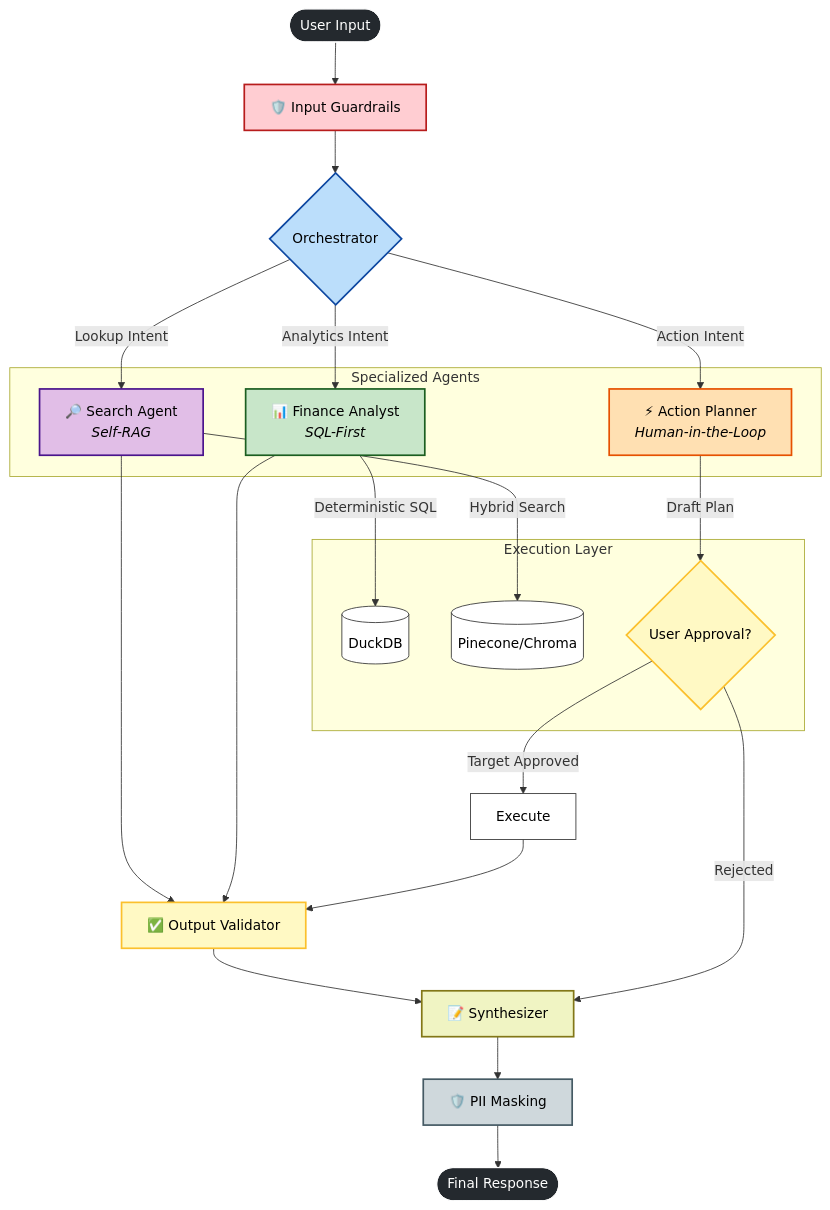
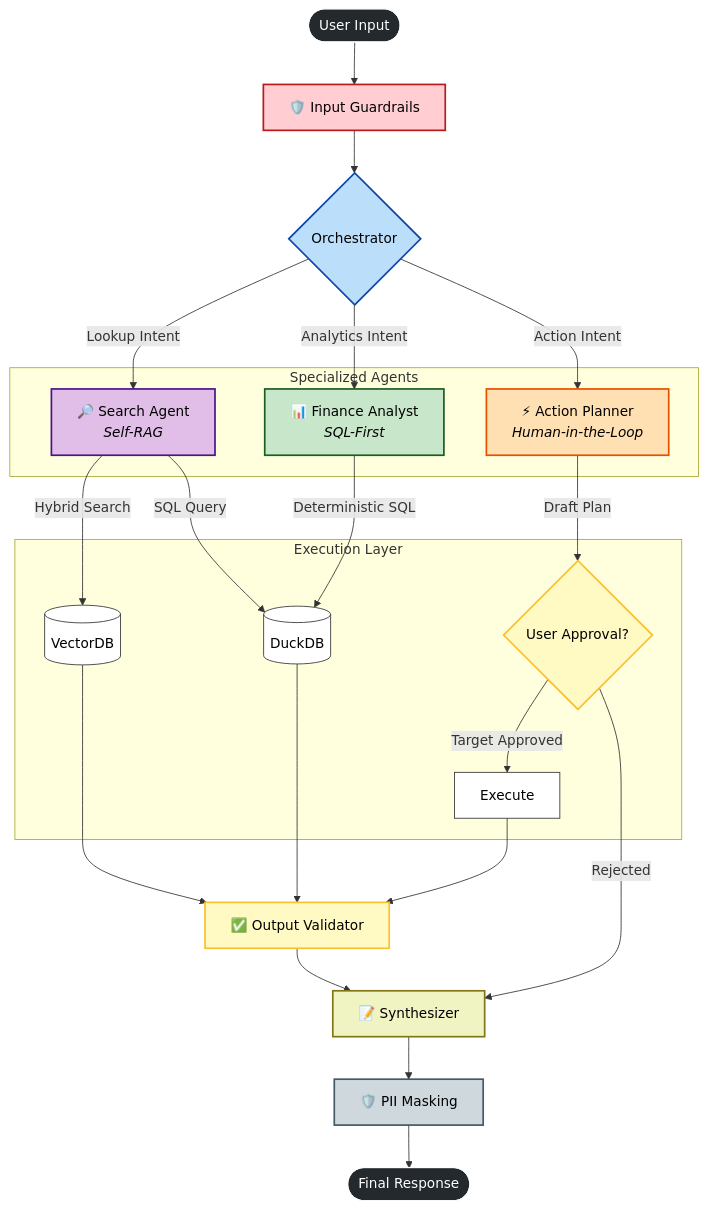
The first of 3 diagrams in README.md (EminDurmuSS/finn-chatbot), drawn with Mermaid before and after one commit.

Commit message:
Refactor specialized agents and execution layer in README

````diff
--- a/README.md
+++ b/README.md
@@ -20,65 +20,63 @@
 ```mermaid
 graph TD
     %% Nodes
     User([User Input])
     Guard[🛡️ Input Guardrails]
     Router{Orchestrator}
     
-    subgraph "Specialized Agents"
-        style Fin fill:#e1f5fe,stroke:#01579b,stroke-width:2px
-        style Search fill:#f3e5f5,stroke:#4a148c,stroke-width:2px
-        style Planner fill:#fff3e0,stroke:#e65100,stroke-width:2px
-        
+    subgraph Agents["Specialized Agents"]
+        Search[🔎 Search Agent<br/><i>Self-RAG</i>]
         Fin[📊 Finance Analyst<br/><i>SQL-First</i>]
-        Search[🔎 Search Agent<br/><i>Self-RAG</i>]
         Planner[⚡ Action Planner<br/><i>Human-in-the-Loop</i>]
     end
     
-    subgraph "Execution Layer"
+    subgraph Execution["Execution Layer"]
+        Vector[(VectorDB)]
         DB[(DuckDB)]
-        Vector[(Pinecone/Chroma)]
         Confirm{User Approval?}
+        Exec[Execute]
     end
     
     Validator[✅ Output Validator]
     Syn[📝 Synthesizer]
     Mask[🛡️ PII Masking] 
     Output([Final Response])
 
     %% Flows
     User --> Guard --> Router
     
+    Router -->|Lookup Intent| Search
     Router -->|Analytics Intent| Fin
-    Router -->|Lookup Intent| Search
     Router -->|Action Intent| Planner
     
+    Search -->|Hybrid Search| Vector
+    Search -->|SQL Query| DB
     Fin -->|Deterministic SQL| DB
-    Search -->|Hybrid Search| Vector
     Planner -->|Draft Plan| Confirm
     
-    Confirm -->|Target Approved| Exec[Execute] --> Validator
+    Vector --> Validator
+    DB --> Validator
+    
+    Confirm -->|Target Approved| Exec --> Validator
     Confirm -->|Rejected| Syn
-    
-    Fin & Search --> Validator
     
     Validator --> Syn --> Mask --> Output
     
     %% Styling - Optimized for GitHub Dark & Light Modes
-    %% High Contrast: Black text on pastel backgrounds
     classDef default color:#000,fill:#fff,stroke:#333;
     
     style User fill:#24292e,color:#fff,stroke:#fff
     style Output fill:#24292e,color:#fff,stroke:#fff
     
     style Guard fill:#ffcdd2,color:#000,stroke:#b71c1c,stroke-width:2px
     style Router fill:#bbdefb,color:#000,stroke:#0d47a1,stroke-width:2px
     
+    style Search fill:#e1bee7,color:#000,stroke:#4a148c,stroke-width:2px
     style Fin fill:#c8e6c9,color:#000,stroke:#1b5e20,stroke-width:2px
-    style Search fill:#e1bee7,color:#000,stroke:#4a148c,stroke-width:2px
     style Planner fill:#ffe0b2,color:#000,stroke:#e65100,stroke-width:2px
     
     style Validator fill:#fff9c4,color:#000,stroke:#fbc02d,stroke-width:2px
     style Confirm fill:#fff9c4,color:#000,stroke:#fbc02d,stroke-width:2px
     style Syn fill:#f0f4c3,color:#000,stroke:#827717,stroke-width:2px
     style Mask fill:#cfd8dc,color:#000,stroke:#455a64,stroke-width:2px
 ```
````
